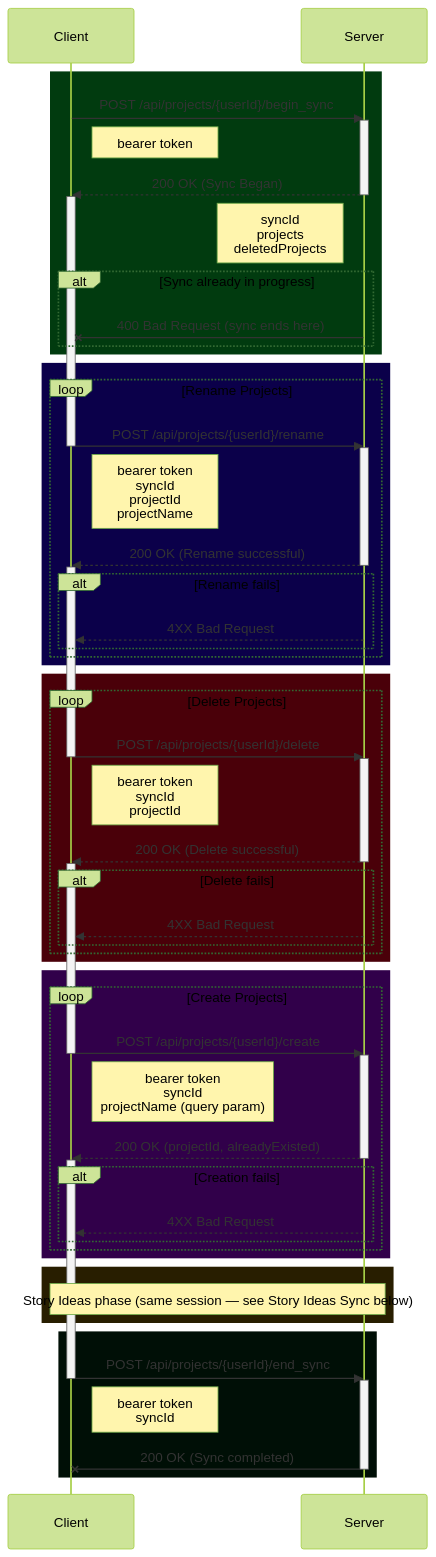
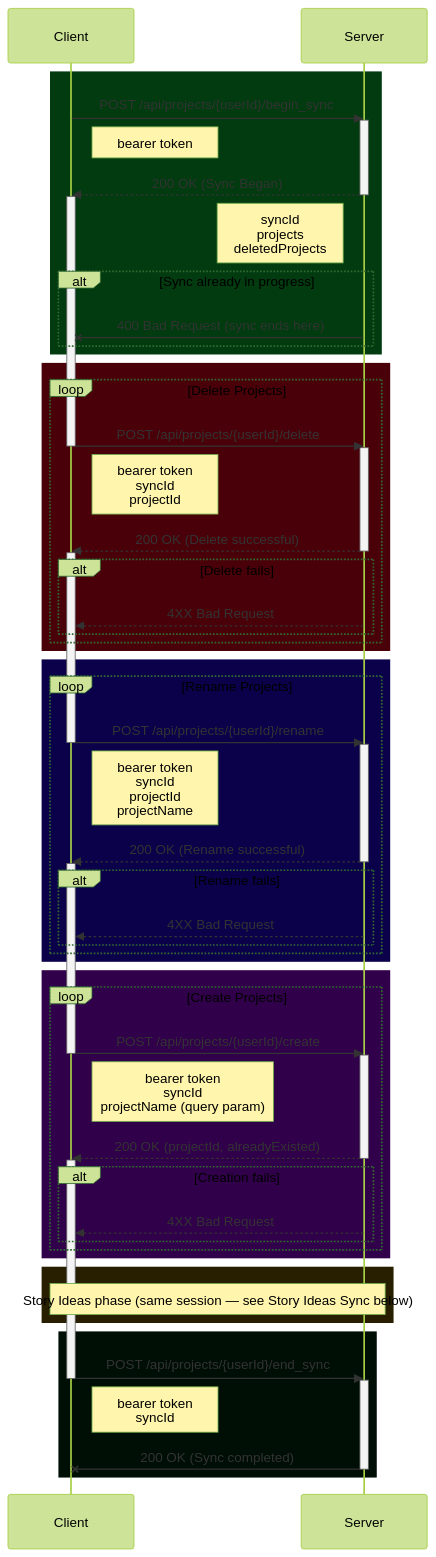
One commit to Darkrock-Studios/hammer-editor changed the first of 10 diagrams in docs/SYNCING-PROTOCOL.md. Above: the diagram before and after it, drawn with Mermaid (forest theme). The commit also changed other lines of this file and 13 other files, not shown here.

````diff
--- a/docs/SYNCING-PROTOCOL.md
+++ b/docs/SYNCING-PROTOCOL.md
@@ -60,76 +69,76 @@
 ```mermaid
 sequenceDiagram
 	participant Client as Client
 	participant Server as Server
 
 	rect rgb(1, 59, 15)
 		Client ->> Server: POST /api/projects/{userId}/begin_sync
 		activate Server
 		Note right of Client: bearer token
 		Server -->> Client: 200 OK (Sync Began)
 		deactivate Server
 		activate Client
 		Note left of Server: syncId<br/>projects<br/>deletedProjects
 		alt Sync already in progress
 			Server -x Client: 400 Bad Request (sync ends here)
 		end
 	end
+	rect rgb(74, 0, 9)
+		loop Delete Projects
+			Client ->> Server: POST /api/projects/{userId}/delete
+			deactivate Client
+			activate Server
+			Note right of Client: bearer token <br/> syncId <br/> projectId
+			Server -->> Client: 200 OK (Delete successful)
+			deactivate Server
+			activate Client
+			alt Delete fails
+				Server -->> Client: 4XX Bad Request
+			end
+		end
+	end
+
 	rect rgb(11, 0, 74)
 		loop Rename Projects
 			Client ->> Server: POST /api/projects/{userId}/rename
 			deactivate Client
 			activate Server
 			Note right of Client: bearer token <br/> syncId <br/> projectId <br/> projectName
 			Server -->> Client: 200 OK (Rename successful)
 			deactivate Server
 			activate Client
 			alt Rename fails
-				Server -->> Client: 4XX Bad Request
-			end
-		end
-	end
-
-	rect rgb(74, 0, 9)
-		loop Delete Projects
-			Client ->> Server: POST /api/projects/{userId}/delete
-			deactivate Client
-			activate Server
-			Note right of Client: bearer token <br/> syncId <br/> projectId
-			Server -->> Client: 200 OK (Delete successful)
-			deactivate Server
-			activate Client
-			alt Delete fails
 				Server -->> Client: 4XX Bad Request
 			end
 		end
 	end
 
 	rect rgb(49, 0, 74)
 		loop Create Projects
 			Client ->> Server: POST /api/projects/{userId}/create
 			deactivate Client
 			activate Server
 			Note right of Client: bearer token <br/> syncId <br/> projectName (query param)
 			Server -->> Client: 200 OK (projectId, alreadyExisted)
 			deactivate Server
 			activate Client
 			alt Creation fails
 				Server -->> Client: 4XX Bad Request
 			end
 		end
 	end
 
 	rect rgb(40, 30, 0)
 		Note over Client,Server: Story Ideas phase (same session — see Story Ideas Sync below)
 	end
 
 	rect rgb(0, 15, 6)
 		Client ->> Server: POST /api/projects/{userId}/end_sync
 		deactivate Client
 		activate Server
 		Note right of Client: bearer token <br/> syncId
 		Server -x Client: 200 OK (Sync completed)
 		deactivate Server
 	end
 
 ```
````
